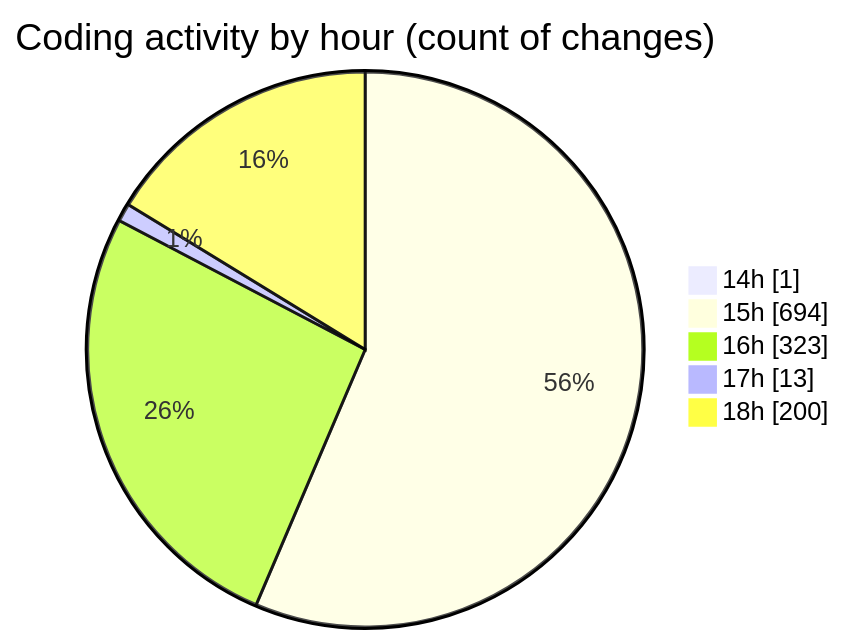
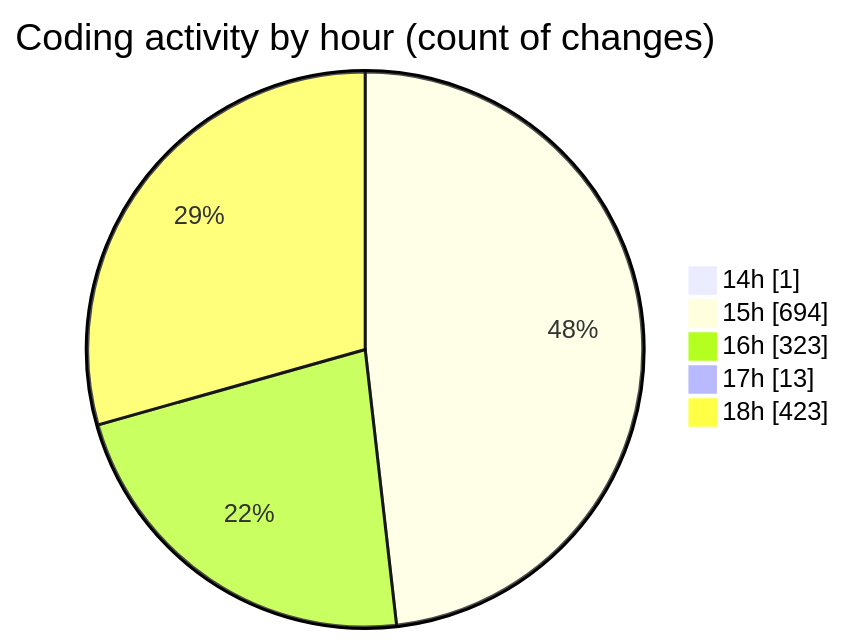
One commit to nxtqubesakshisongat/code-tracking changed the second of 2 diagrams in 2025-04-10/nxtqube_webapp/README.md. Above: the diagram before and after it, drawn with Mermaid. The commit also changed other lines of this file and 1 other file, not shown here.

````diff
--- a/2025-04-10/nxtqube_webapp/README.md
+++ b/2025-04-10/nxtqube_webapp/README.md
@@ -34,9 +34,9 @@
 ```mermaid
 pie showData
 title Coding activity by hour (count of changes)
 "14h" : 1
 "15h" : 694
 "16h" : 323
 "17h" : 13
-"18h" : 200
+"18h" : 423
 ```
````
